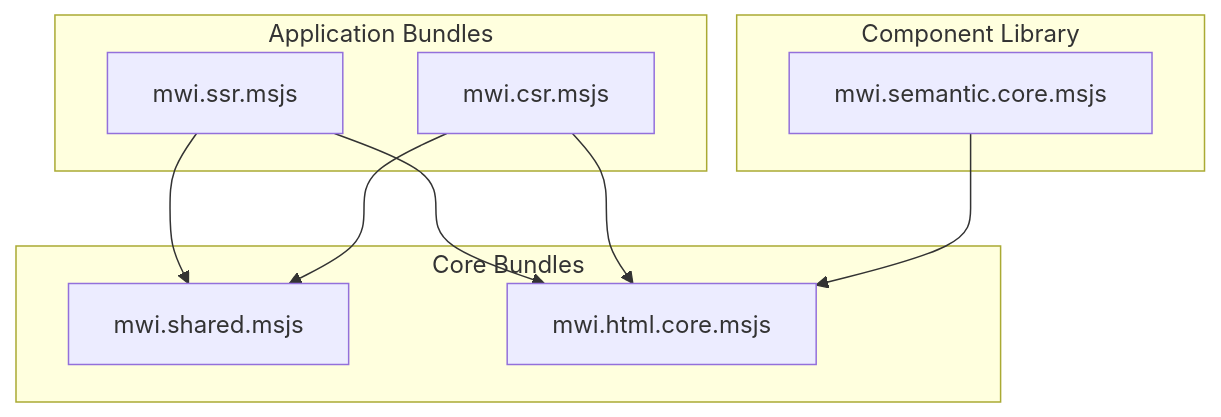
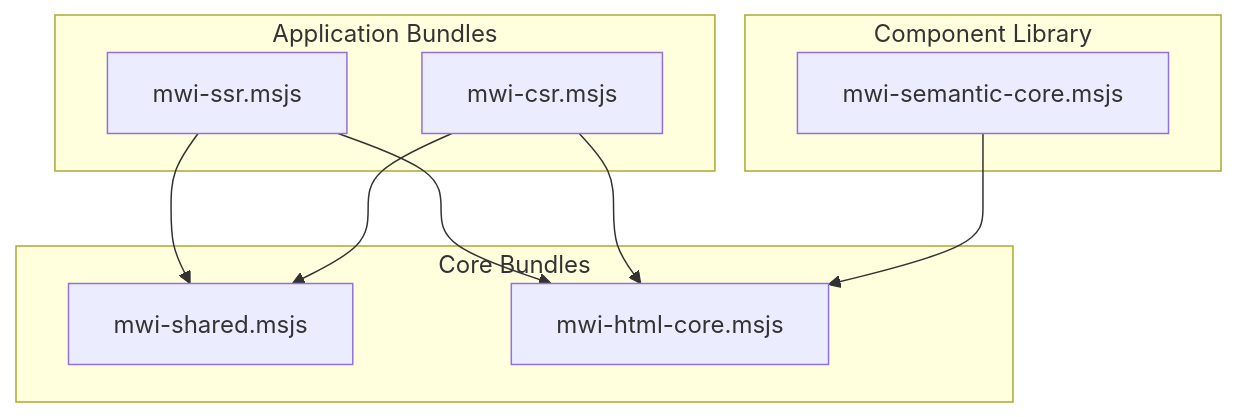
The diagram in architectural-plan/Bundling-Design-Proposal.md (mesgjs/mesgjs-web), drawn with Mermaid before and after one commit. The commit also changed other lines of this file and 41 other files, not shown here.

````diff
--- a/architectural-plan/Bundling-Design-Proposal.md
+++ b/architectural-plan/Bundling-Design-Proposal.md
@@ -21,23 +23,23 @@
 ```mermaid
 graph TD
     subgraph "Core Bundles"
-        Shared["mwi.shared.msjs"]
-        HTML["mwi.html.core.msjs"]
+        Shared["mwi-shared.msjs"]
+        HTML["mwi-html-core.msjs"]
     end
 
     subgraph "Application Bundles"
-        SSR["mwi.ssr.msjs"]
-        CSR["mwi.csr.msjs"]
+        SSR["mwi-ssr.msjs"]
+        CSR["mwi-csr.msjs"]
     end
 
     subgraph "Component Library"
-        Semantic["mwi.semantic.core.msjs"]
+        Semantic["mwi-semantic-core.msjs"]
     end
 
 
     SSR --> Shared
     SSR --> HTML
     CSR --> Shared
     CSR --> HTML
     Semantic --> HTML
 ```
````
